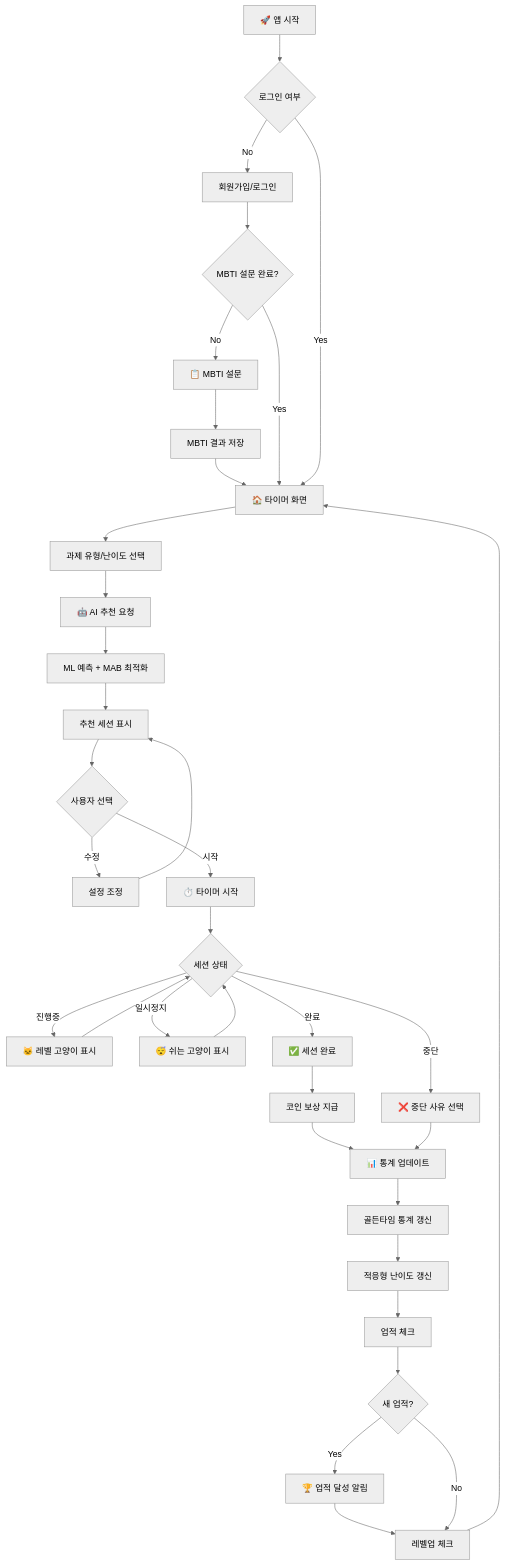
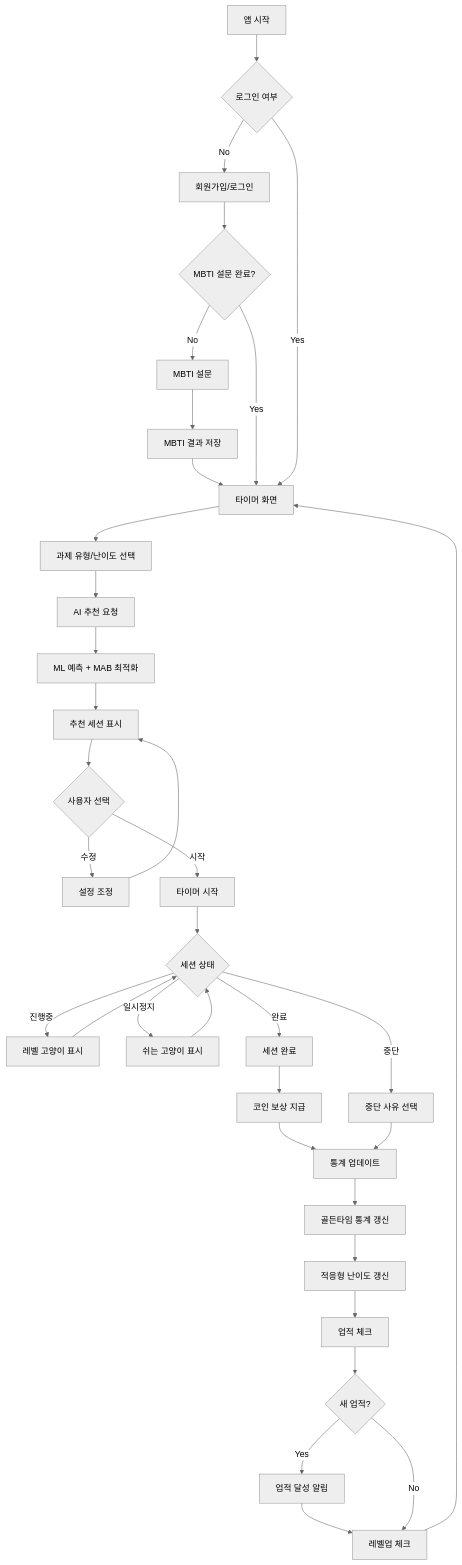
The second of 3 diagrams in README.md (2026-AI-HACKATHON-FAST-BUILDERTHON/Focus-Timer), drawn with Mermaid (neutral theme) before and after one commit. The commit also changed other lines of this file, not shown here.

Commit message:
docs: 플로우차트에서 이모티콘 제거

````diff
--- a/README.md
+++ b/README.md
@@ -700,41 +700,41 @@
 ```mermaid
 flowchart TD
-    A[🚀 앱 시작] --> B{로그인 여부}
+    A[앱 시작] --> B{로그인 여부}
     B -->|No| C[회원가입/로그인]
     C --> D{MBTI 설문 완료?}
-    D -->|No| E[📋 MBTI 설문]
+    D -->|No| E[MBTI 설문]
     E --> F[MBTI 결과 저장]
-    F --> G[🏠 타이머 화면]
+    F --> G[타이머 화면]
     D -->|Yes| G
     B -->|Yes| G
 
     G --> H[과제 유형/난이도 선택]
-    H --> I[🤖 AI 추천 요청]
+    H --> I[AI 추천 요청]
     I --> J[ML 예측 + MAB 최적화]
     J --> K[추천 세션 표시]
     K --> L{사용자 선택}
     L -->|수정| M[설정 조정]
     M --> K
-    L -->|시작| N[⏱️ 타이머 시작]
+    L -->|시작| N[타이머 시작]
 
     N --> O{세션 상태}
-    O -->|진행중| P[🐱 레벨 고양이 표시]
-    O -->|일시정지| Q[😴 쉬는 고양이 표시]
+    O -->|진행중| P[레벨 고양이 표시]
+    O -->|일시정지| Q[쉬는 고양이 표시]
     Q --> O
     P --> O
-    O -->|완료| R[✅ 세션 완료]
-    O -->|중단| S[❌ 중단 사유 선택]
+    O -->|완료| R[세션 완료]
+    O -->|중단| S[중단 사유 선택]
 
     R --> T[코인 보상 지급]
-    T --> U[📊 통계 업데이트]
+    T --> U[통계 업데이트]
     S --> U
 
     U --> V[골든타임 통계 갱신]
     V --> W[적응형 난이도 갱신]
     W --> X[업적 체크]
     X --> Y{새 업적?}
-    Y -->|Yes| Z[🏆 업적 달성 알림]
+    Y -->|Yes| Z[업적 달성 알림]
     Z --> AA[레벨업 체크]
     Y -->|No| AA
     AA --> G
 ```
````
